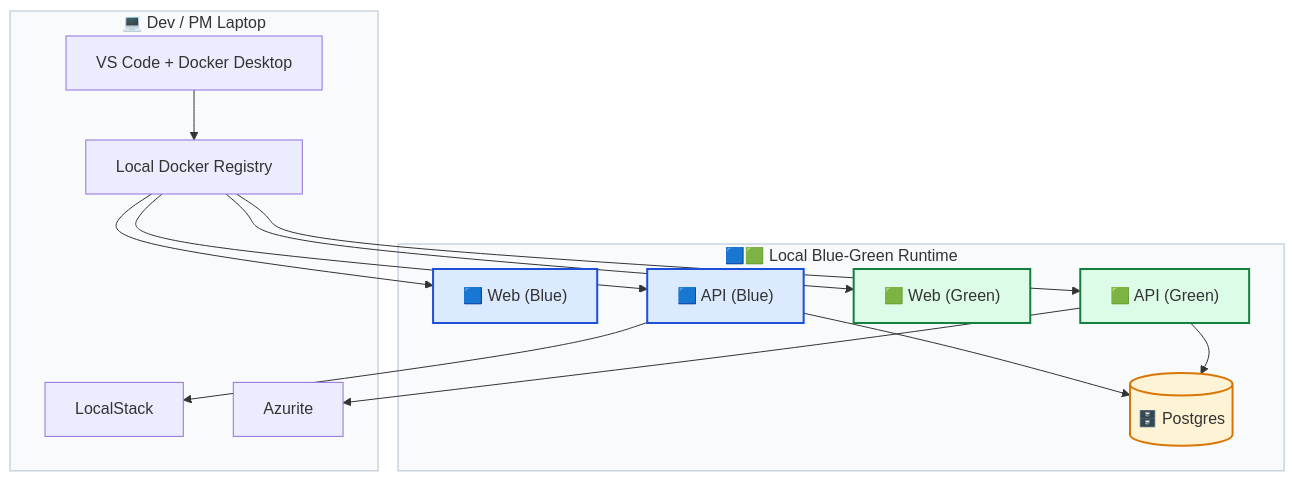
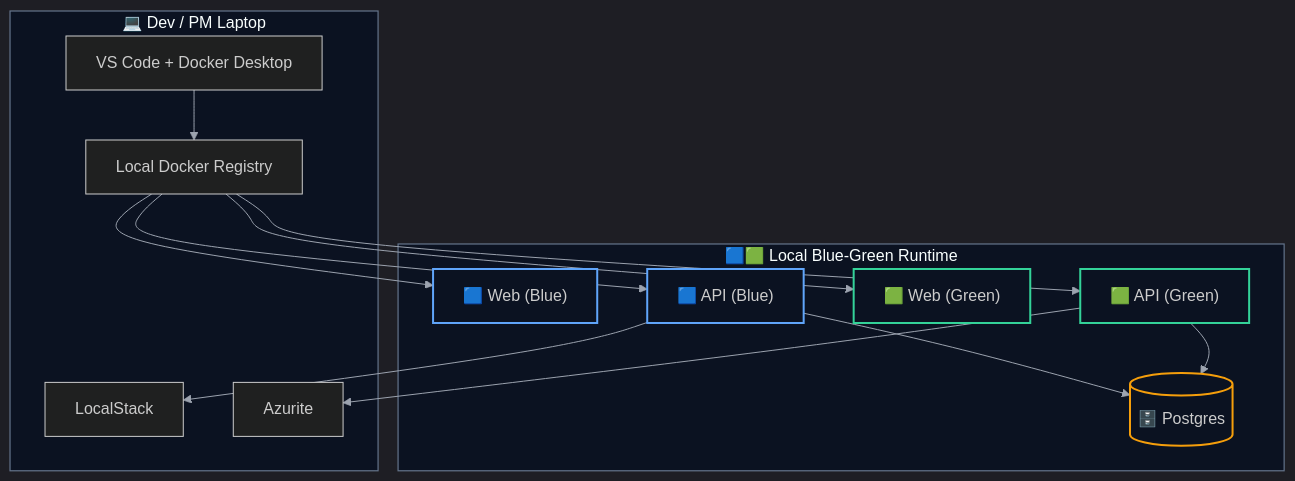
One commit to shreyakri803/IndoorApp-Cloud-Migration-Microservices-Modernization-Case-Study changed the third of 5 diagrams in docs/Solution_Architecture.md. Above: the diagram before and after it, drawn with Mermaid. The commit also changed other lines of this file, not shown here.

````diff
--- a/docs/Solution_Architecture.md
+++ b/docs/Solution_Architecture.md
@@ -107,39 +113,38 @@
 ```mermaid
+%%{init: {"theme":"dark","themeVariables":{"background":"transparent","lineColor":"#9CA3AF"}} }%%
 graph TD
-
   subgraph Laptop["💻 Dev / PM Laptop"]
     VS["VS Code + Docker Desktop"]
     LS["LocalStack"]
     AZ["Azurite"]
     REG["Local Docker Registry"]
   end
 
   subgraph Runtime["🟦🟩 Local Blue-Green Runtime"]
     WEB_B["🟦 Web (Blue)"]
     API_B["🟦 API (Blue)"]
     WEB_G["🟩 Web (Green)"]
     API_G["🟩 API (Green)"]
     PG[("🗄️ Postgres")]
   end
 
   VS --> REG
   REG --> WEB_B
   REG --> API_B
   REG --> WEB_G
   REG --> API_G
-
   API_B --> LS
   API_G --> AZ
   API_B --> PG
   API_G --> PG
 
-  classDef runtime fill:#F8FAFC,stroke:#CBD5E1,stroke-width:1.5px;
-  classDef blue fill:#DBEAFE,stroke:#1D4ED8,stroke-width:2px;
-  classDef green fill:#DCFCE7,stroke:#15803D,stroke-width:2px;
-  classDef db fill:#FFF3D6,stroke:#D97706,stroke-width:2px;
+  classDef runtime fill:#0B1221,stroke:#64748B,stroke-width:1.2px;
+  classDef blue fill:#0B1221,stroke:#60A5FA,stroke-width:2px;
+  classDef green fill:#0B1221,stroke:#34D399,stroke-width:2px;
+  classDef db fill:#0B1221,stroke:#F59E0B,stroke-width:2px;
 
   class WEB_B,API_B blue;
   class WEB_G,API_G green;
   class PG db;
   class Laptop,Runtime runtime;
 ```
````
